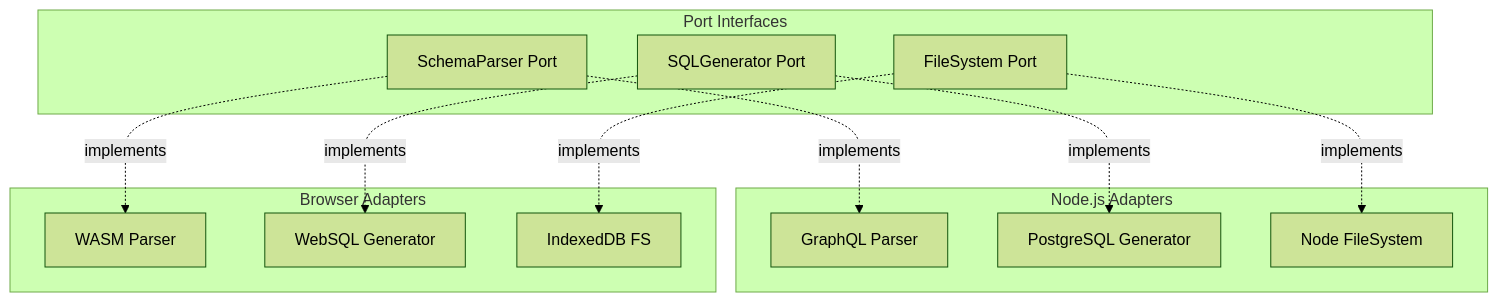
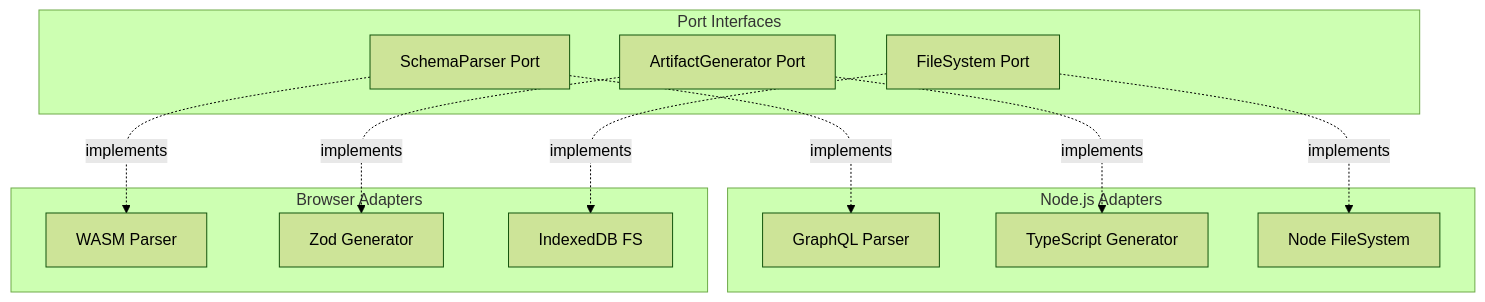
Before and after one commit to flyingrobots/wesley: the fourth of 8 diagrams in docs/architecture/overview.md, drawn with Mermaid (forest theme). The commit also changed other lines of this file and 385 other files, not shown here.

````diff
--- a/docs/architecture/overview.md
+++ b/docs/architecture/overview.md
@@ -130,27 +130,27 @@
 ```mermaid
 graph TB
     subgraph "Port Interfaces"
         IParser[SchemaParser Port]
-        IGenerator[SQLGenerator Port]
+        IGenerator[ArtifactGenerator Port]
         IFS[FileSystem Port]
     end
     
     subgraph "Node.js Adapters"
         GraphQLParser[GraphQL Parser]
-        PostgresGen[PostgreSQL Generator]
+        TypeScriptGen[TypeScript Generator]
         NodeFS[Node FileSystem]
     end
     
     subgraph "Browser Adapters"
         WASMParser[WASM Parser]
-        WebSQLGen[WebSQL Generator]
+        ZodGen[Zod Generator]
         IndexedDBFS[IndexedDB FS]
     end
     
     IParser -.->|implements| GraphQLParser
     IParser -.->|implements| WASMParser
-    IGenerator -.->|implements| PostgresGen
-    IGenerator -.->|implements| WebSQLGen
+    IGenerator -.->|implements| TypeScriptGen
+    IGenerator -.->|implements| ZodGen
     IFS -.->|implements| NodeFS
     IFS -.->|implements| IndexedDBFS
 ```
````
